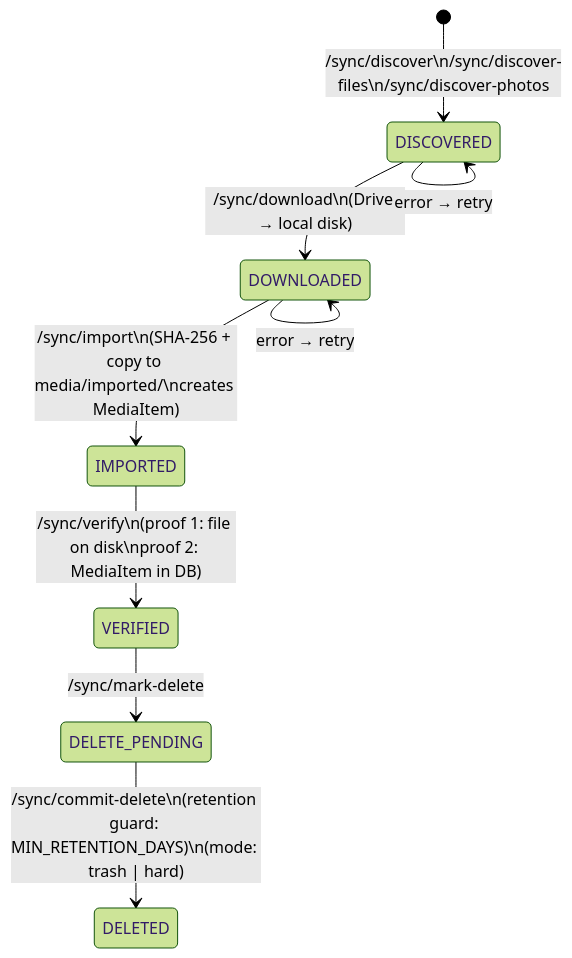
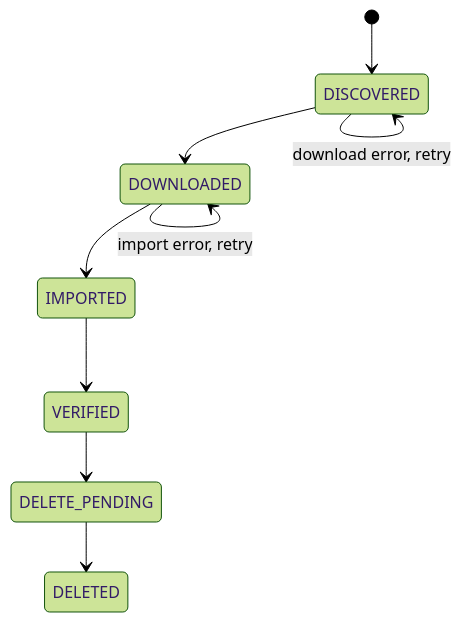
Before and after one commit to devadalberto/backdeezup: the second of 4 diagrams in shared_context.md, drawn with Mermaid (forest theme). The commit also changed other lines of this file and 6 other files, not shown here.

First line of the commit message:
chore: release v0.4.0 - CI workflow, Playwright, fixed diagrams and Pages

````diff
--- a/shared_context.md
+++ b/shared_context.md
@@ -38,17 +38,12 @@
 ```mermaid
 stateDiagram-v2
-    [*] --> DISCOVERED : /sync/discover\n/sync/discover-files\n/sync/discover-photos
+    [*] --> DISCOVERED
+    DISCOVERED --> DOWNLOADED
+    DOWNLOADED --> IMPORTED
+    IMPORTED --> VERIFIED
+    VERIFIED --> DELETE_PENDING
+    DELETE_PENDING --> DELETED
 
-    DISCOVERED --> DOWNLOADED : /sync/download\n(Drive → local disk)
-
-    DOWNLOADED --> IMPORTED : /sync/import\n(SHA-256 + copy to media/imported/\ncreates MediaItem)
-
-    IMPORTED --> VERIFIED : /sync/verify\n(proof 1: file on disk\nproof 2: MediaItem in DB)
-
-    VERIFIED --> DELETE_PENDING : /sync/mark-delete
-
-    DELETE_PENDING --> DELETED : /sync/commit-delete\n(retention guard: MIN_RETENTION_DAYS)\n(mode: trash | hard)
-
-    DISCOVERED --> DISCOVERED : error → retry
-    DOWNLOADED --> DOWNLOADED : error → retry
+    DISCOVERED --> DISCOVERED : download error, retry
+    DOWNLOADED --> DOWNLOADED : import error, retry
 ```
````
